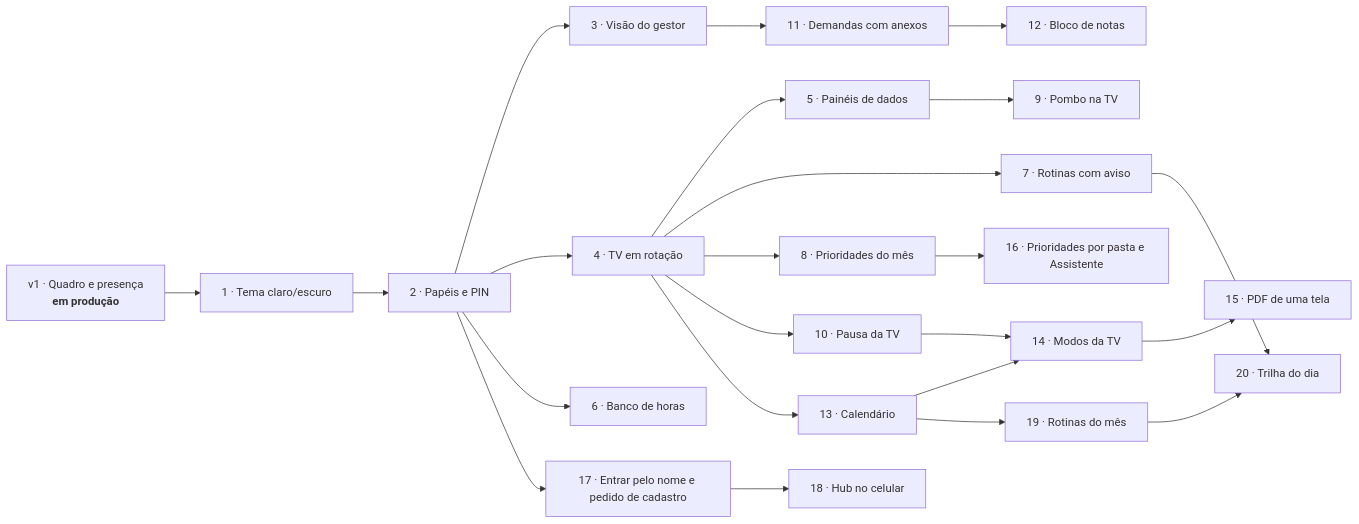
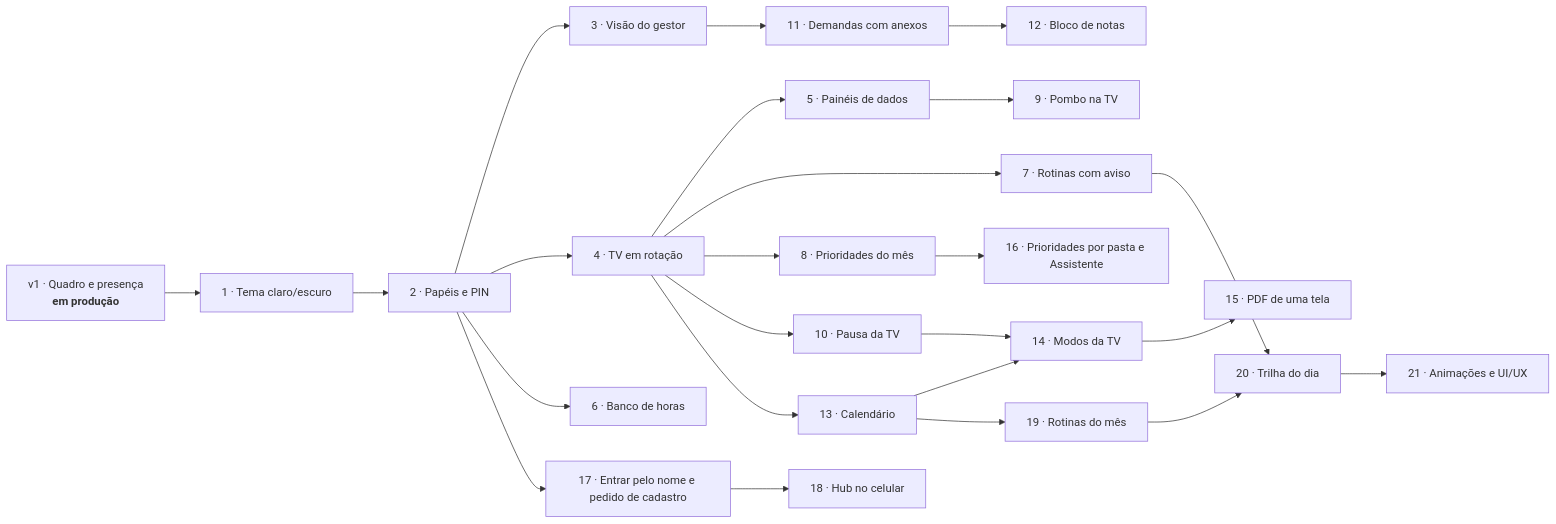
One commit to fishman2004/hub-analistas changed the diagram in docs/roadmap.md. Above: the diagram before and after it, drawn with Mermaid. The commit also changed other lines of this file and 18 other files, not shown here.

````diff
--- a/docs/roadmap.md
+++ b/docs/roadmap.md
@@ -5,25 +5,26 @@
 ```mermaid
 flowchart LR
     V1[v1 · Quadro e presença<br><b>em produção</b>] --> F1[1 · Tema claro/escuro]
     F1 --> F2[2 · Papéis e PIN]
     F2 --> F3[3 · Visão do gestor]
     F2 --> F4[4 · TV em rotação]
     F4 --> F5[5 · Painéis de dados]
     F2 --> F6[6 · Banco de horas]
     F4 --> F7[7 · Rotinas com aviso]
     F4 --> F8[8 · Prioridades do mês]
     F5 --> F9[9 · Pombo na TV]
     F4 --> F10[10 · Pausa da TV]
     F3 --> F11[11 · Demandas com anexos]
     F11 --> F12[12 · Bloco de notas]
     F4 --> F13[13 · Calendário]
     F10 --> F14[14 · Modos da TV]
     F13 --> F14
     F14 --> F15[15 · PDF de uma tela]
     F8 --> F16[16 · Prioridades por pasta e Assistente]
     F2 --> F17[17 · Entrar pelo nome e pedido de cadastro]
     F17 --> F18[18 · Hub no celular]
     F13 --> F19[19 · Rotinas do mês]
     F7 --> F20[20 · Trilha do dia]
     F19 --> F20
+    F20 --> F21[21 · Animações e UI/UX]
 ```
````
